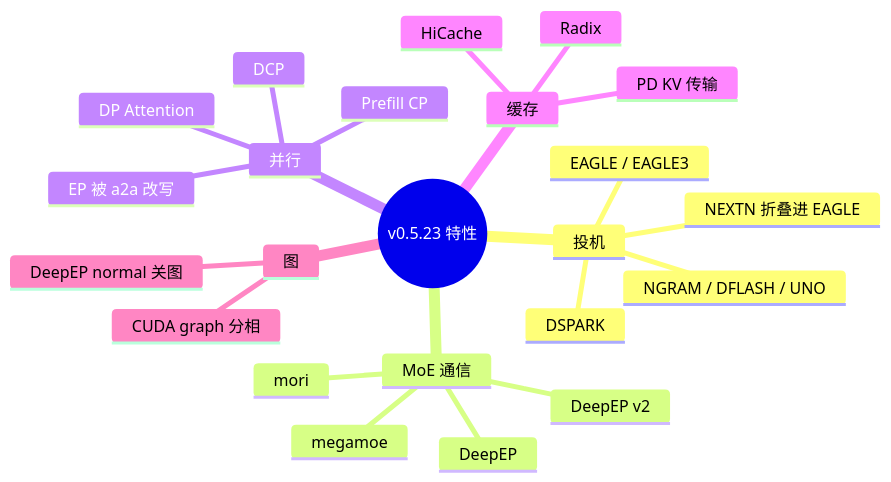
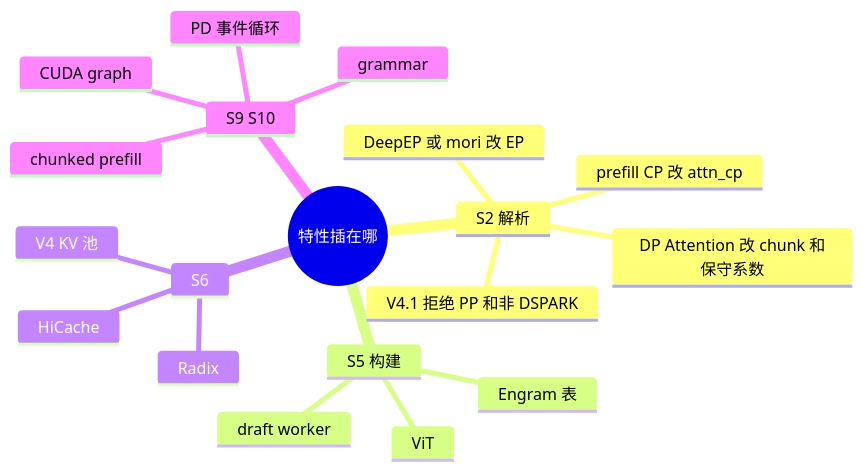
Before and after one commit to wangtong198/sglang: the diagram in docs/my_docs/04-特性详解.md, drawn with Mermaid. The commit also changed other lines of this file and 13 other files, not shown here.

First line of the commit message:
Deepen the Chinese SGLang learning series around the runtime flow.

````diff
--- a/docs/my_docs/04-特性详解.md
+++ b/docs/my_docs/04-特性详解.md
@@ -7,26 +5,22 @@
 ```mermaid
 mindmap
-  root((v0.5.23 特性))
-    投机
-      EAGLE / EAGLE3
-      NEXTN 折叠进 EAGLE
-      DSPARK
-      NGRAM / DFLASH / UNO
-    MoE 通信
-      DeepEP
-      DeepEP v2
-      mori
-      megamoe
-    并行
-      DP Attention
-      Prefill CP
-      DCP
-      EP 被 a2a 改写
-    缓存
+  root((特性插在哪))
+    S2 解析
+      DP Attention 改 chunk 和保守系数
+      DeepEP 或 mori 改 EP
+      V4.1 拒绝 PP 和非 DSPARK
+      prefill CP 改 attn_cp
+    S5 构建
+      draft worker
+      Engram 表
+      ViT
+    S6
       Radix
       HiCache
-      PD KV 传输
-    图
-      CUDA graph 分相
-      DeepEP normal 关图
+      V4 KV 池
+    S9 S10
+      CUDA graph
+      chunked prefill
+      PD 事件循环
+      grammar
 ```
````
